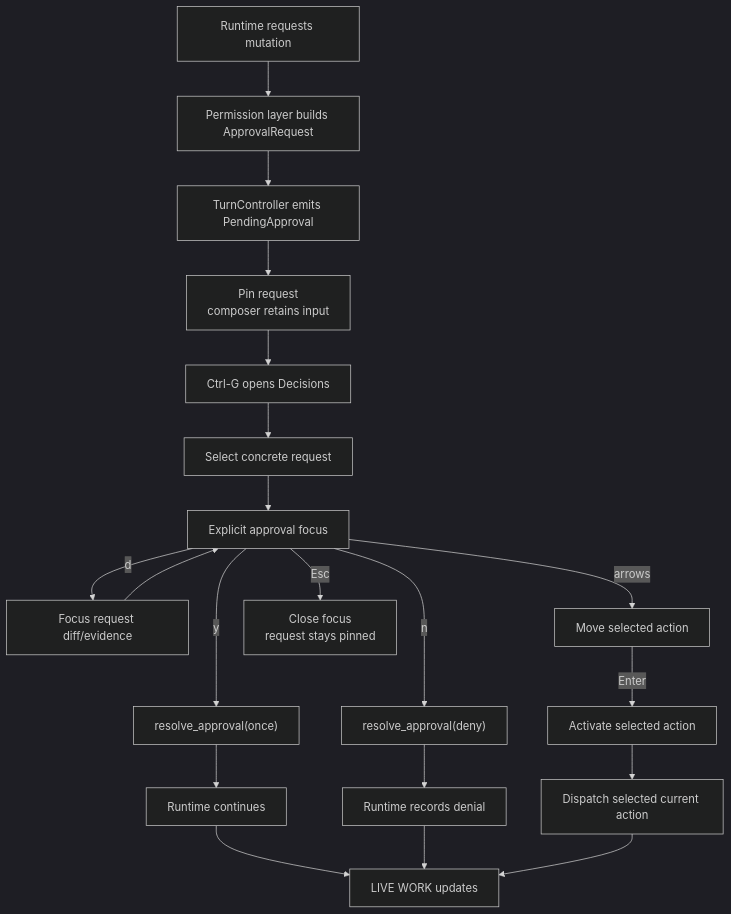
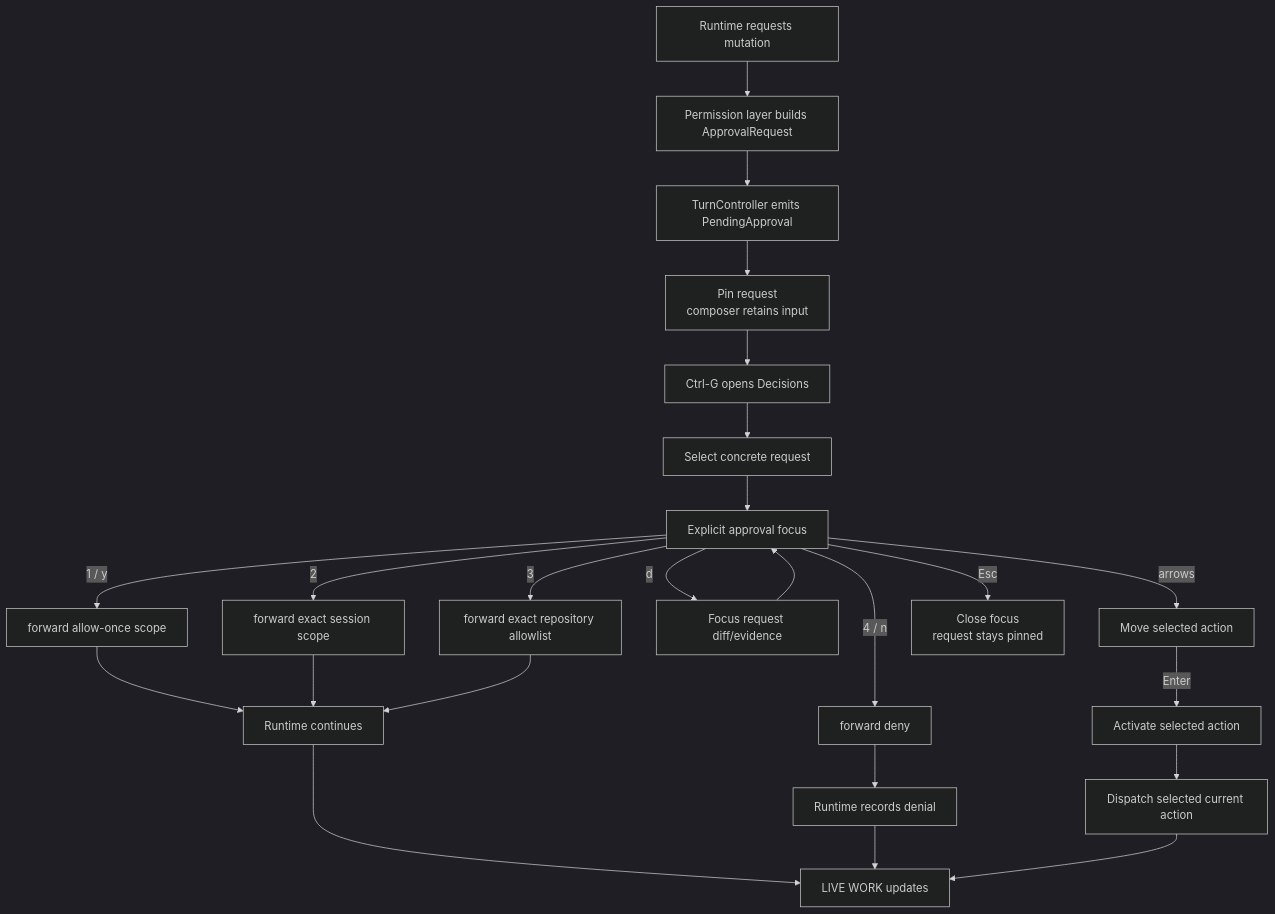
One commit to wikieden/robocode changed the sixth of 10 diagrams in docs/tui-interaction-flow-design.md. Above: the diagram before and after it, drawn with Mermaid (dark theme). The commit also changed other lines of this file and 14 other files, not shown here.

````diff
--- a/docs/tui-interaction-flow-design.md
+++ b/docs/tui-interaction-flow-design.md
@@ -231,22 +233,26 @@
 ```mermaid
 flowchart TD
     A["Runtime requests mutation"] --> B["Permission layer builds ApprovalRequest"]
     B --> C["TurnController emits PendingApproval"]
     C --> D["Pin request<br/>composer retains input"]
     D --> E["Ctrl-G opens Decisions"]
     E --> F["Select concrete request"]
     F --> G["Explicit approval focus"]
-    G -->|y| H["resolve_approval(once)"]
-    G -->|n| I["resolve_approval(deny)"]
+    G -->|1 / y| H["forward allow-once scope"]
+    G -->|2| H2["forward exact session scope"]
+    G -->|3| H3["forward exact repository allowlist"]
+    G -->|4 / n| I["forward deny"]
     G -->|d| J["Focus request diff/evidence"]
     G -->|arrows| K["Move selected action"]
     K -->|Enter| L["Activate selected action"]
     G -->|Esc| M["Close focus<br/>request stays pinned"]
     J --> G
     H --> N["Runtime continues"]
+    H2 --> N
+    H3 --> N
     I --> O["Runtime records denial"]
     L --> P["Dispatch selected current action"]
     N --> Q["LIVE WORK updates"]
     O --> Q
     P --> Q
 ```
````
